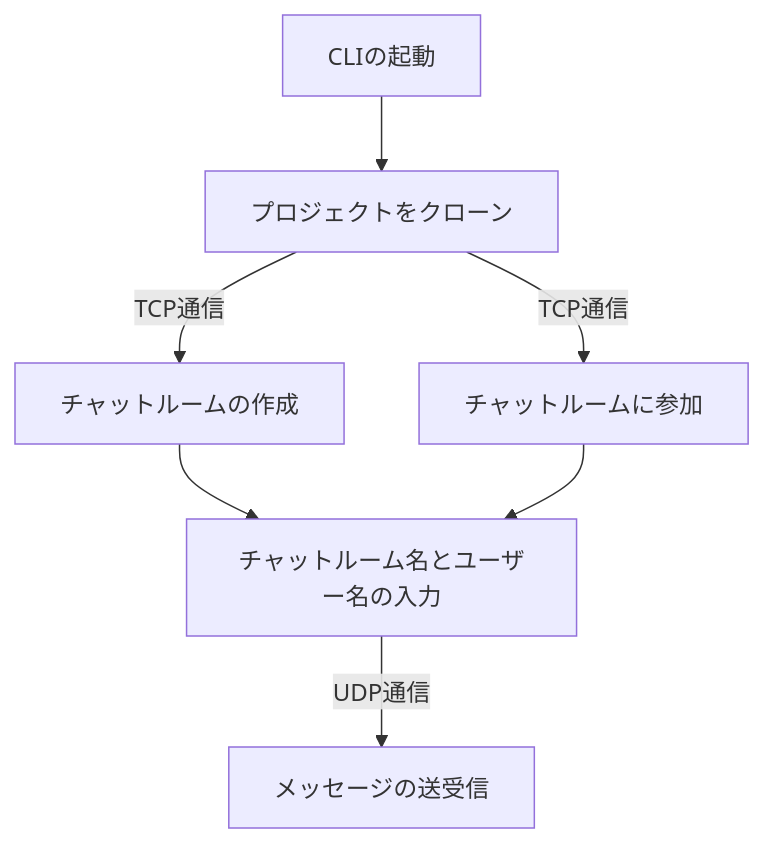
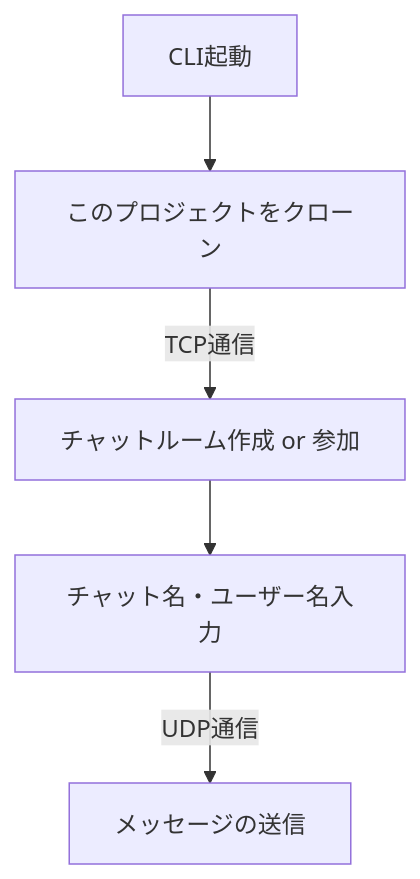
Before and after one commit to BackendExplorer/Tenshin: the diagram in README.md, drawn with Mermaid.

````diff
--- a/README.md
+++ b/README.md
@@ -1,8 +1,7 @@
 ```mermaid
 graph TD
-    A[CLIの起動] --> B[プロジェクトをクローン]
-    B -- TCP通信 --> C[チャットルームの作成]
-    B -- TCP通信 --> D[チャットルームに参加]
-    C & D --> E[チャットルーム名とユーザー名の入力]
-    E -- UDP通信 --> F[メッセージの送受信]
+    A[CLI起動] --> B[このプロジェクトをクローン]
+    B -- TCP通信 --> C[チャットルーム作成 or 参加]
+    C --> D[チャット名・ユーザー名入力]
+    D -- UDP通信 --> E[メッセージの送信]
 ```
````
